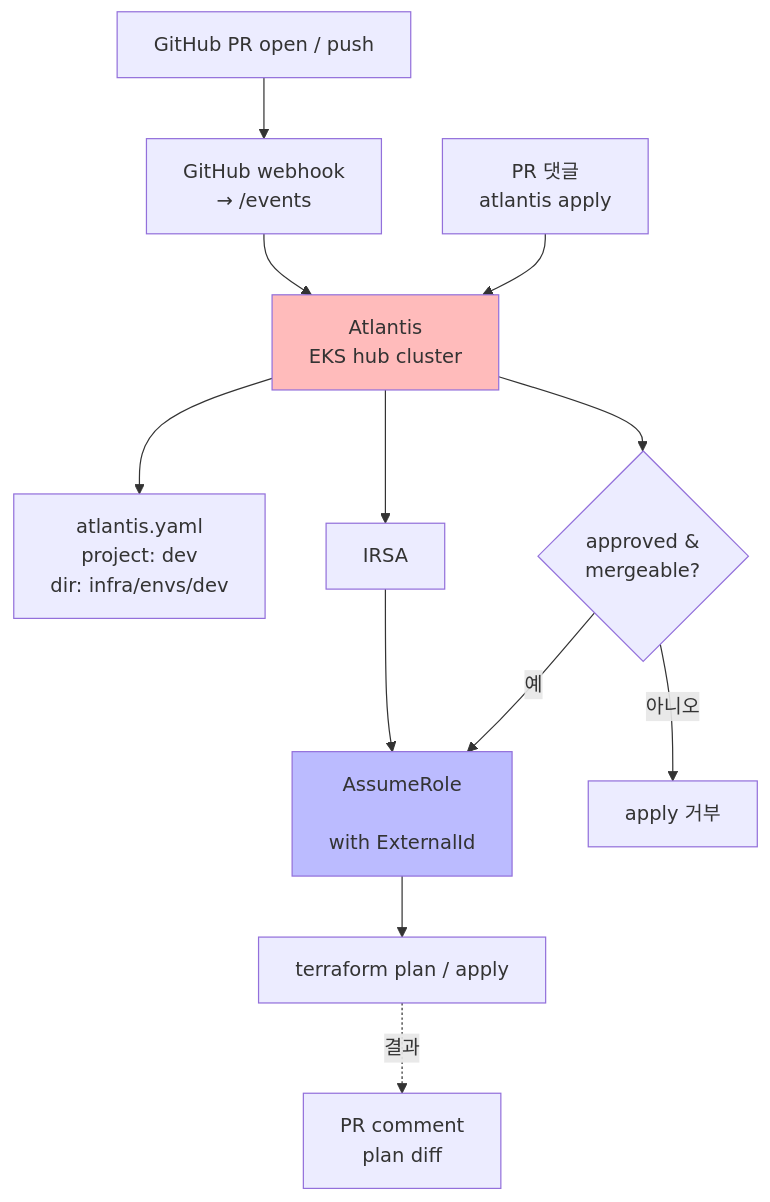
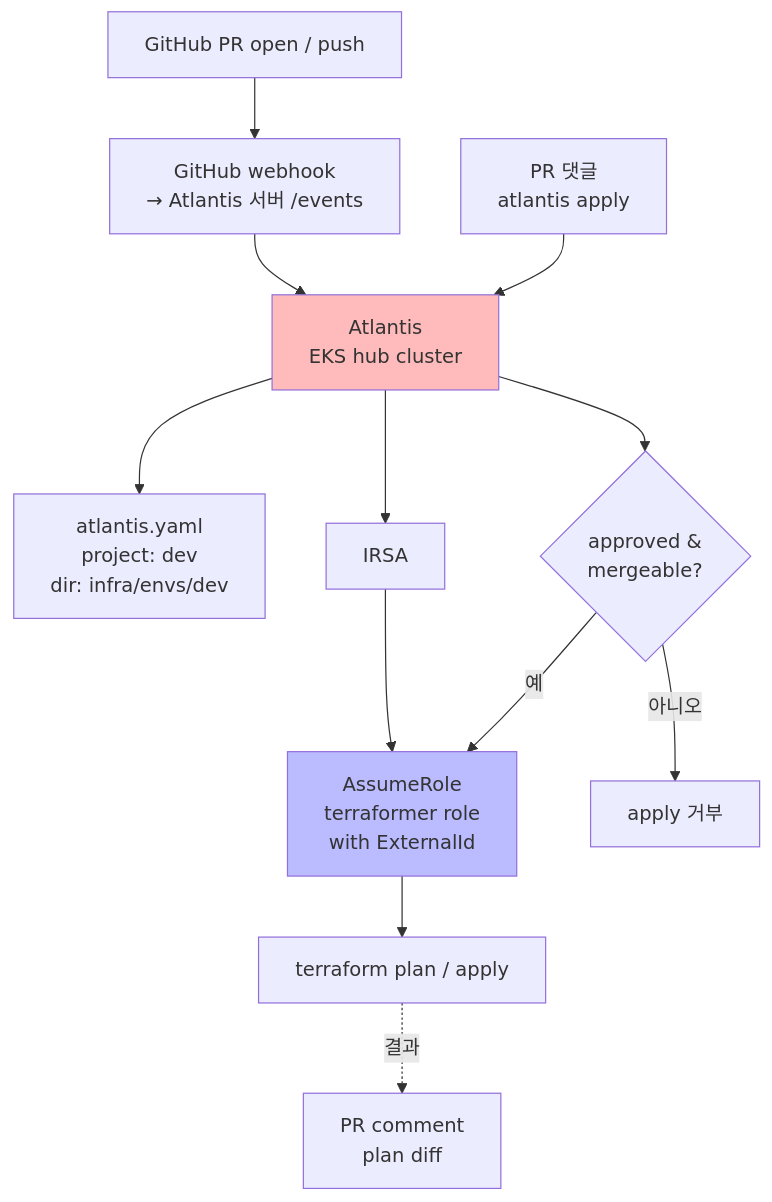
Before and after one commit to Atom-oh/call-center-admin: the first of 2 diagrams in docs/decisions/ADR-009-atlantis-for-terraform-deployment.md, drawn with Mermaid. The commit also changed other lines of this file and 20 other files, not shown here.

````diff
--- a/docs/decisions/ADR-009-atlantis-for-terraform-deployment.md
+++ b/docs/decisions/ADR-009-atlantis-for-terraform-deployment.md
@@ -35,18 +35,18 @@
 ```mermaid
 flowchart TD
-    PR[GitHub PR open / push] --> WH[GitHub webhook<br/>→ <ATLANTIS_SERVER_URL>/events]
+    PR[GitHub PR open / push] --> WH[GitHub webhook<br/>→ Atlantis 서버 /events]
     WH --> AT[Atlantis<br/>EKS hub cluster]
     AT --> ART[atlantis.yaml<br/>project: dev<br/>dir: infra/envs/dev]
     AT --> IR[IRSA<br/><ATLANTIS_IRSA_ROLE>]
-    IR --> AR[AssumeRole<br/><TERRAFORMER_ROLE><br/>with ExternalId]
+    IR --> AR[AssumeRole<br/>terraformer role<br/>with ExternalId]
     AR --> TF[terraform plan / apply]
     TF -.->|결과| PRC[PR comment<br/>plan diff]
 
     PR2[PR 댓글<br/>atlantis apply] --> AT
     AT --> CHK{approved &<br/>mergeable?}
     CHK -- 예 --> AR
     CHK -- 아니오 --> REJ[apply 거부]
 
     style AT fill:#fbb
     style AR fill:#bbf
 ```
````
